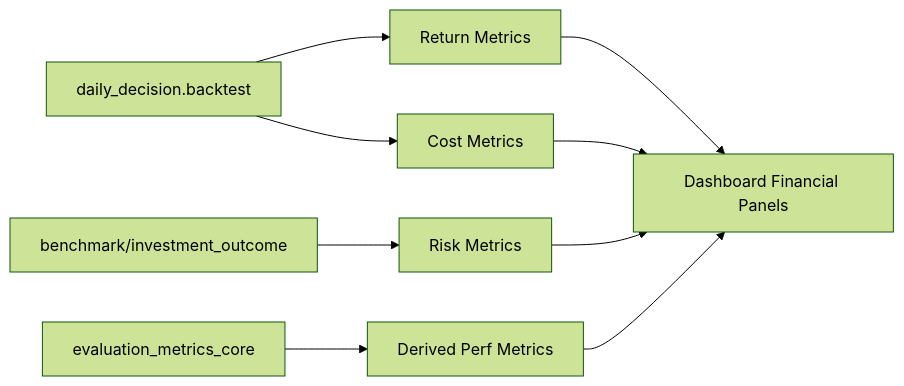
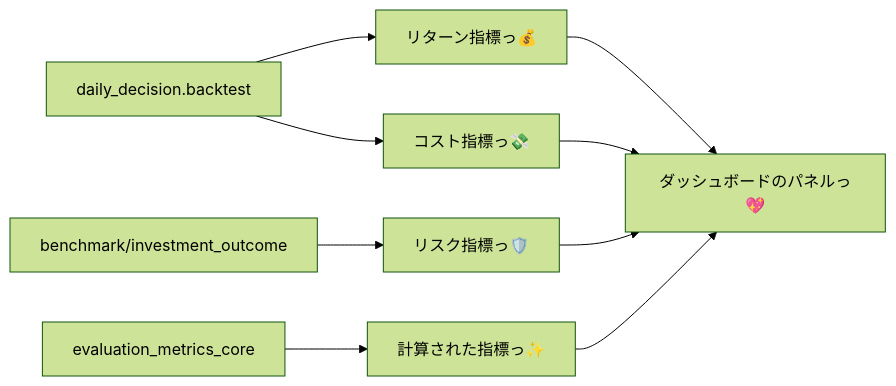
One commit to KAFKA2306/investor changed the eighth of 8 diagrams in docs/specs/frontend.md. Above: the diagram before and after it, drawn with Mermaid (forest theme). The commit also changed other lines of this file and 52 other files, not shown here.

````diff
--- a/docs/specs/frontend.md
+++ b/docs/specs/frontend.md
@@ -452,12 +391,12 @@
 ```mermaid
 flowchart LR
-    A["daily_decision.backtest"] --> R["Return Metrics"]
-    A --> C["Cost Metrics"]
-    B["benchmark/investment_outcome"] --> K["Risk Metrics"]
-    D["evaluation_metrics_core"] --> E["Derived Perf Metrics"]
+    A["daily_decision.backtest"] --> R["リターン指標っ💰"]
+    A --> C["コスト指標っ💸"]
+    B["benchmark/investment_outcome"] --> K["リスク指標っ🛡️"]
+    D["evaluation_metrics_core"] --> E["計算された指標っ✨"]
 
-    R --> OUT["Dashboard Financial Panels"]
+    R --> OUT["ダッシュボードのパネルっ💖"]
     C --> OUT
     K --> OUT
     E --> OUT
 ```
````
